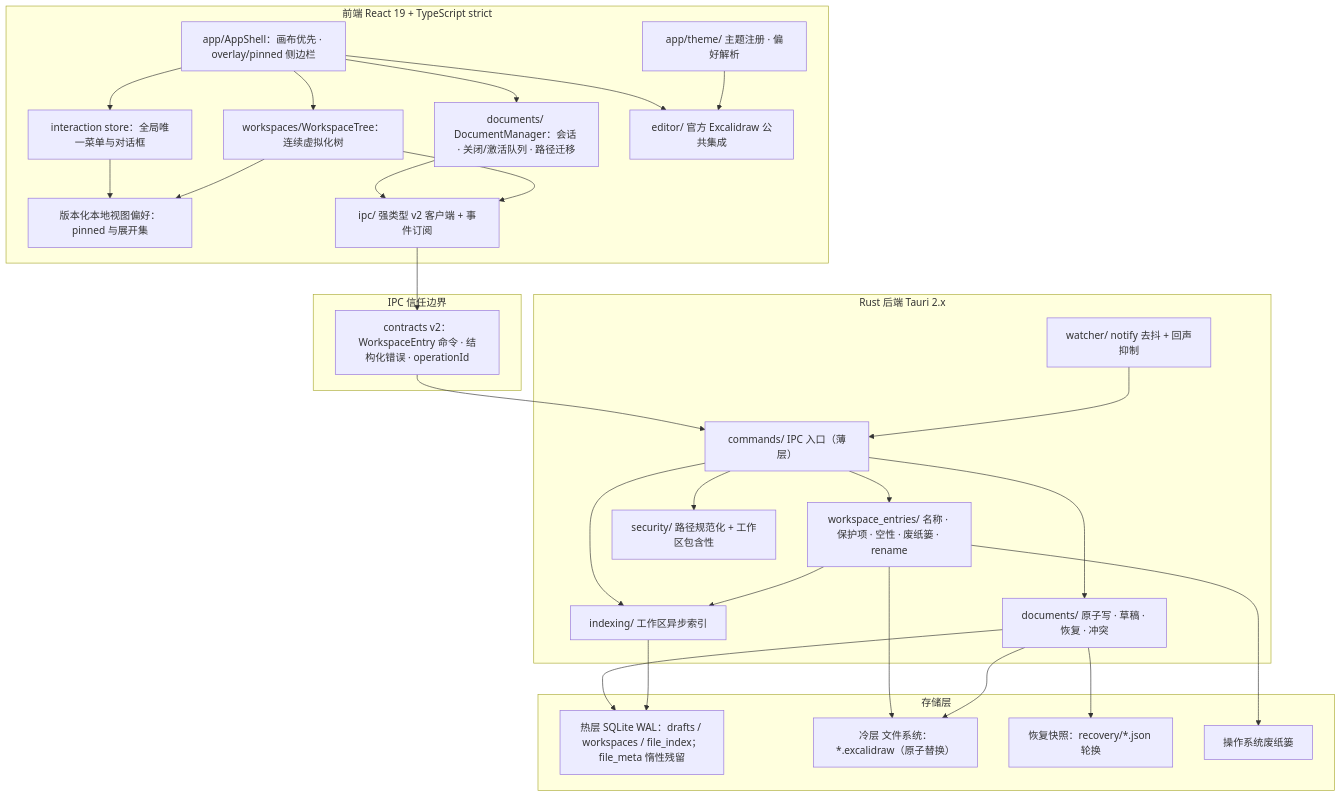
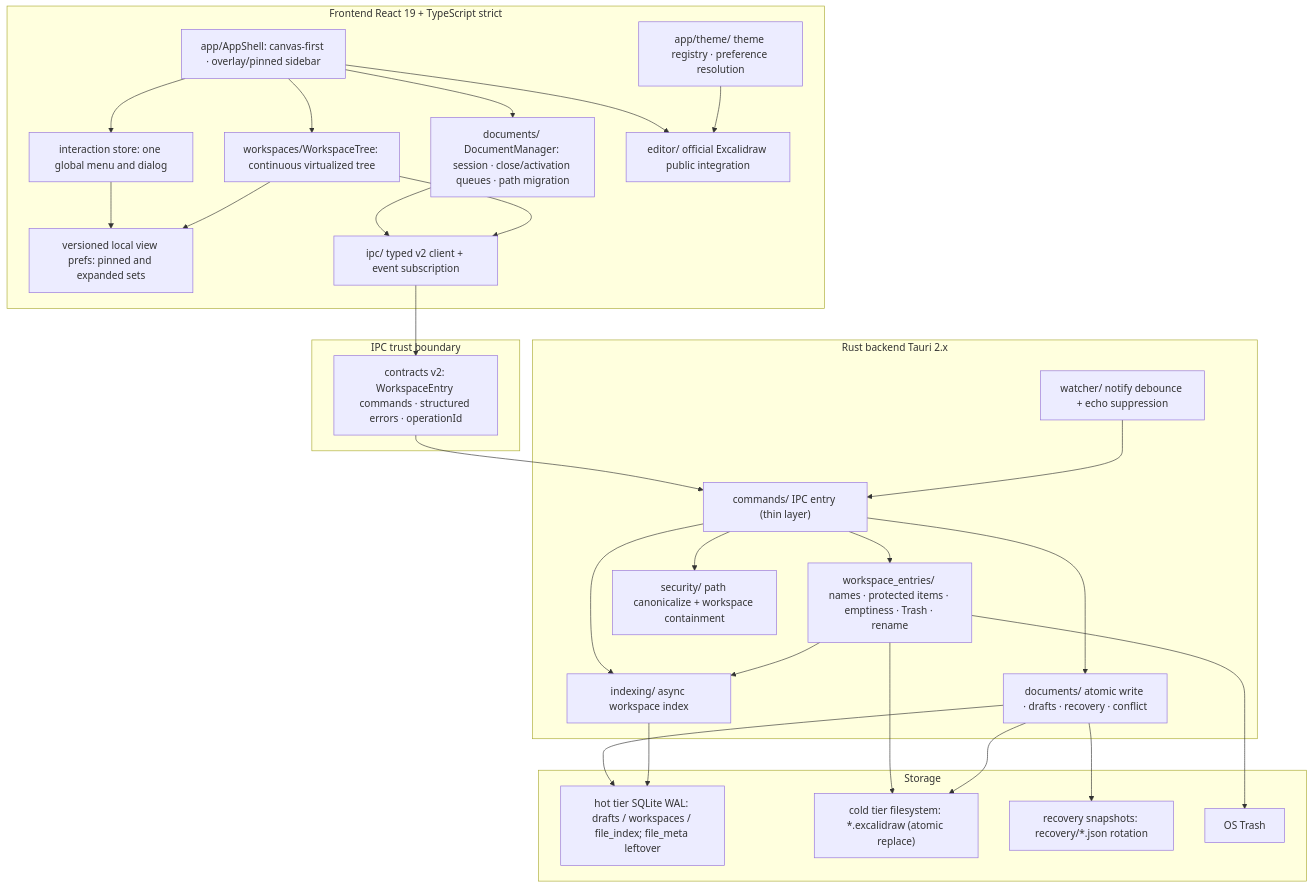
One commit to ignacioli/excalidraw-desktop changed the first of 5 diagrams in docs/architecture.md. Above: the diagram before and after it, drawn with Mermaid. The commit also changed other lines of this file and 7 other files, not shown here.

First line of the commit message:
docs: publish English architecture and quickstart

````diff
--- a/docs/architecture.md
+++ b/docs/architecture.md
@@ -15,52 +17,52 @@
 ```mermaid
 flowchart TB
-    subgraph frontend [前端 React 19 + TypeScript strict]
-        AppShell["app/AppShell：画布优先 · overlay/pinned 侧边栏"]
-        Interaction["interaction store：全局唯一菜单与对话框"]
-        Tree["workspaces/WorkspaceTree：连续虚拟化树"]
-        Docs["documents/ DocumentManager：会话 · 关闭/激活队列 · 路径迁移"]
-        Editor["editor/ 官方 Excalidraw 公共集成"]
-        Theme["app/theme/ 主题注册 · 偏好解析"]
-        Prefs["版本化本地视图偏好：pinned 与展开集"]
-        IpcClient["ipc/ 强类型 v2 客户端 + 事件订阅"]
+    subgraph frontend [Frontend React 19 + TypeScript strict]
+        AppShell["app/AppShell: canvas-first · overlay/pinned sidebar"]
+        Interaction["interaction store: one global menu and dialog"]
+        Tree["workspaces/WorkspaceTree: continuous virtualized tree"]
+        Docs["documents/ DocumentManager: session · close/activation queues · path migration"]
+        Editor["editor/ official Excalidraw public integration"]
+        Theme["app/theme/ theme registry · preference resolution"]
+        Prefs["versioned local view prefs: pinned and expanded sets"]
+        IpcClient["ipc/ typed v2 client + event subscription"]
     end
-    subgraph boundary [IPC 信任边界]
-        Contracts["contracts v2：WorkspaceEntry 命令 · 结构化错误 · operationId"]
+    subgraph boundary [IPC trust boundary]
+        Contracts["contracts v2: WorkspaceEntry commands · structured errors · operationId"]
     end
-    subgraph backend [Rust 后端 Tauri 2.x]
-        Commands["commands/ IPC 入口（薄层）"]
-        EntryDomain["workspace_entries/ 名称 · 保护项 · 空性 · 废纸篓 · rename"]
-        Security["security/ 路径规范化 + 工作区包含性"]
-        DomainDocs["documents/ 原子写 · 草稿 · 恢复 · 冲突"]
-        Indexing["indexing/ 工作区异步索引"]
-        Watcher["watcher/ notify 去抖 + 回声抑制"]
+    subgraph backend [Rust backend Tauri 2.x]
+        Commands["commands/ IPC entry (thin layer)"]
+        EntryDomain["workspace_entries/ names · protected items · emptiness · Trash · rename"]
+        Security["security/ path canonicalize + workspace containment"]
+        DomainDocs["documents/ atomic write · drafts · recovery · conflict"]
+        Indexing["indexing/ async workspace index"]
+        Watcher["watcher/ notify debounce + echo suppression"]
     end
-    subgraph storage [存储层]
-        Hot["热层 SQLite WAL：drafts / workspaces / file_index；file_meta 惰性残留"]
-        Cold["冷层 文件系统：*.excalidraw（原子替换）"]
-        Recovery["恢复快照：recovery/*.json 轮换"]
-        Trash["操作系统废纸篓"]
+    subgraph storage [Storage]
+        Hot["hot tier SQLite WAL: drafts / workspaces / file_index; file_meta leftover"]
+        Cold["cold tier filesystem: *.excalidraw (atomic replace)"]
+        Recovery["recovery snapshots: recovery/*.json rotation"]
+        Trash["OS Trash"]
     end
     AppShell --> Interaction
     AppShell --> Tree
     AppShell --> Docs
     AppShell --> Editor
     Interaction --> Prefs
     Tree --> Prefs
     Theme --> Editor
     Docs --> IpcClient
     Tree --> IpcClient
     IpcClient --> Contracts --> Commands
     Commands --> Security
     Commands --> EntryDomain
     Commands --> DomainDocs
     Commands --> Indexing
     Watcher --> Commands
     EntryDomain --> Indexing
     EntryDomain --> Cold
     EntryDomain --> Trash
     DomainDocs --> Hot
     DomainDocs --> Cold
     DomainDocs --> Recovery
     Indexing --> Hot
 ```
````
